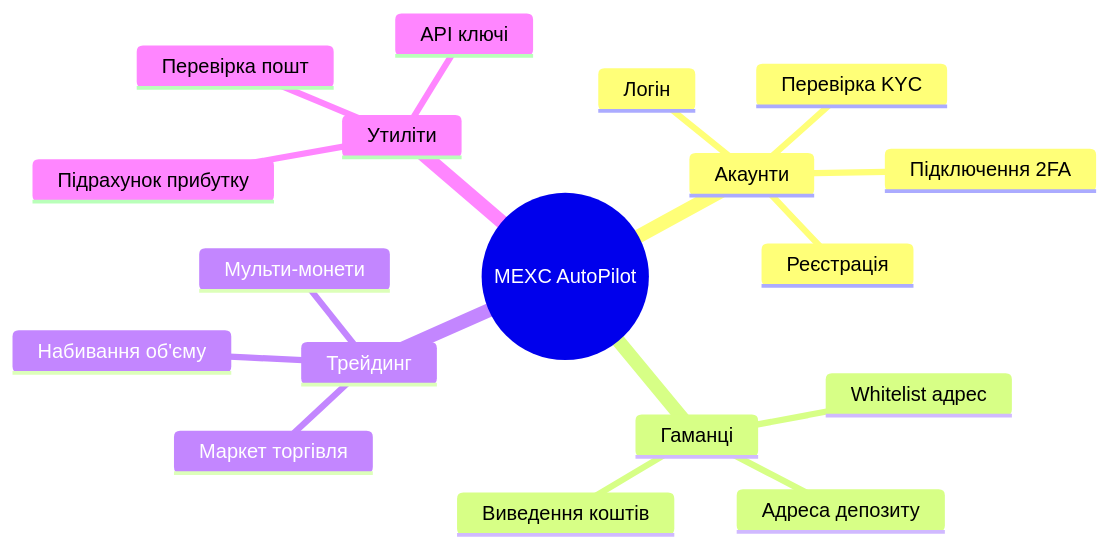
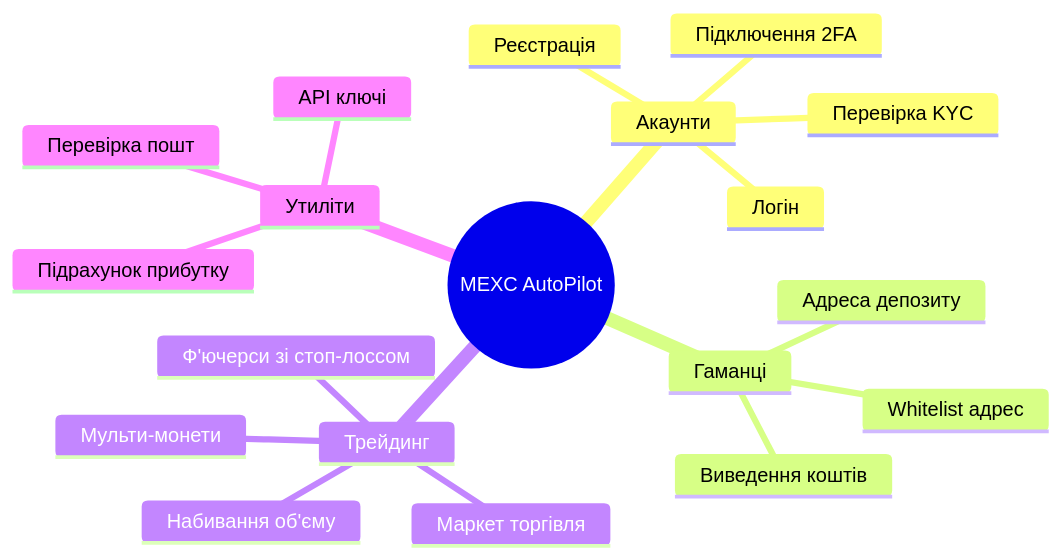
Before and after one commit to AutoPilotSoftware/docs: the second of 10 diagrams in src/content/docs/ua/exchanges/mexc-autopilot.md, drawn with Mermaid. The commit also changed other lines of this file and 2 other files, not shown here.

````diff
--- a/src/content/docs/ua/exchanges/mexc-autopilot.md
+++ b/src/content/docs/ua/exchanges/mexc-autopilot.md
@@ -74,21 +74,22 @@
 ```mermaid
 mindmap
   root((MEXC AutoPilot))
     Акаунти
       Реєстрацiя
       Логiн
       Перевiрка KYC
       Пiдключення 2FA
     Гаманцi
       Адреса депозиту
       Whitelist адрес
       Виведення коштiв
     Трейдинг
       Маркет торгiвля
       Набивання об'єму
       Мульти-монети
+      Ф'ючерси зi стоп-лоссом
     Утилiти
       API ключi
       Пiдрахунок прибутку
       Перевiрка пошт
 ```
````
